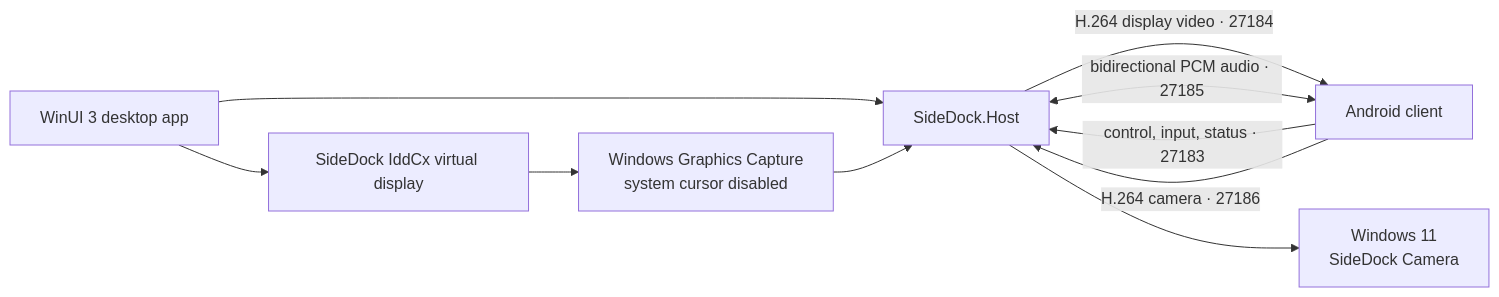
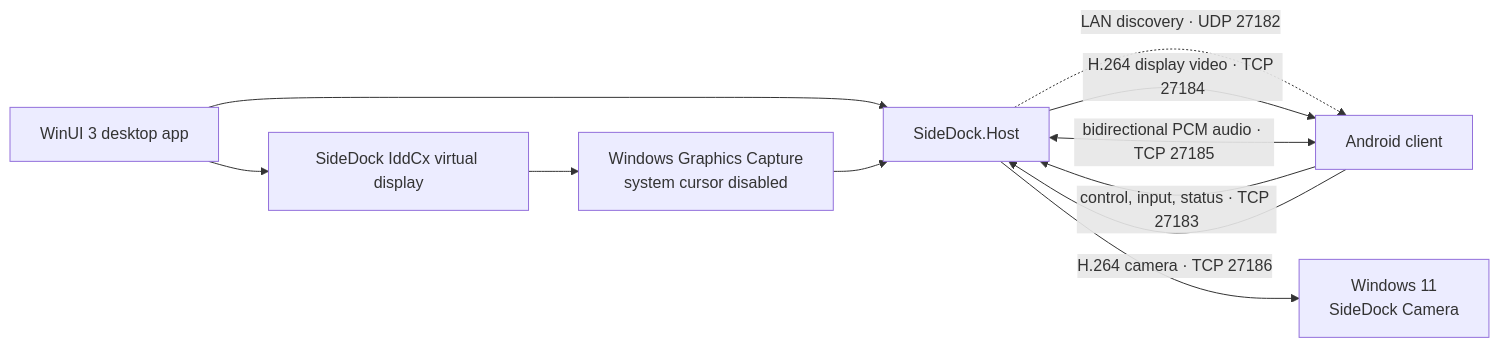
The second of 2 diagrams in README.md (naledao/SideDock), drawn with Mermaid before and after one commit. The commit also changed other lines of this file, not shown here.

Commit message:
docs: document LAN connection mode

````diff
--- a/README.md
+++ b/README.md
@@ -324,12 +361,13 @@
 ```mermaid
 flowchart LR
     App["WinUI 3 desktop app"] --> Host["SideDock.Host"]
     App --> IDD["SideDock IddCx virtual display"]
     IDD --> WGC["Windows Graphics Capture<br/>system cursor disabled"]
     WGC --> Host
-    Host -->|"H.264 display video · 27184"| Android["Android client"]
-    Android -->|"control, input, status · 27183"| Host
-    Host <-->|"bidirectional PCM audio · 27185"| Android
-    Android -->|"H.264 camera · 27186"| Host
+    Host -.->|"LAN discovery · UDP 27182"| Android["Android client"]
+    Host -->|"H.264 display video · TCP 27184"| Android
+    Android -->|"control, input, status · TCP 27183"| Host
+    Host <-->|"bidirectional PCM audio · TCP 27185"| Android
+    Android -->|"H.264 camera · TCP 27186"| Host
     Host --> VCam["Windows 11<br/>SideDock Camera"]
 ```
````
